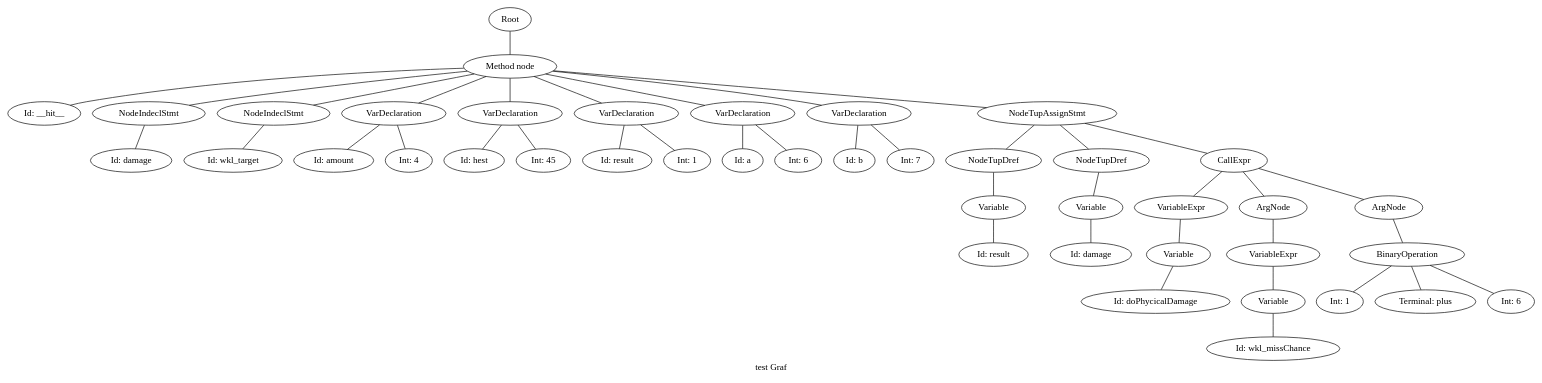
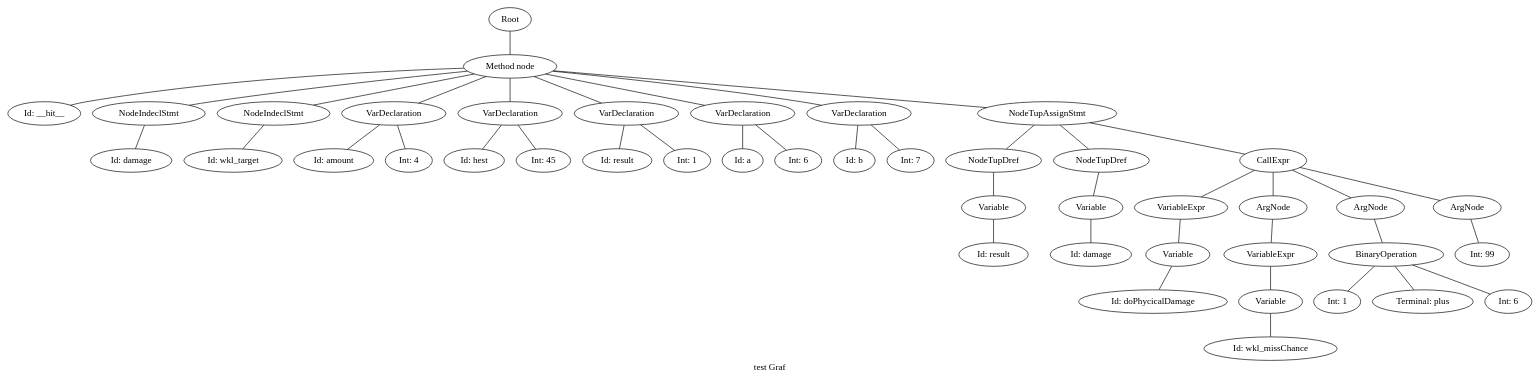
One commit to protective/Wreckage changed the diagram in Server/wkl/testPrograms/test_pow.wkl.dot. Above: the diagram before and after it, drawn with Graphviz. The commit also changed 22 other files, not shown here.

```diff
--- a/Server/wkl/testPrograms/test_pow.wkl.dot
+++ b/Server/wkl/testPrograms/test_pow.wkl.dot
@@ -1,90 +1,94 @@
 graph ""
 {
 #   node [fontsize=10,width=".2", height=".2", margin=0];
 #   graph[fontsize=8];
 label="test Graf"
 n0 ;
 n0 [label="Root"] ;
 n0 -- n1 ;
 n1 [label="Method node"] ;
 n1 -- n2 ;
 n2 [label="Id: __hit__"] ;
 n1 -- n3 ;
 n3 [label="NodeIndeclStmt"] ;
 n1 -- n4 ;
 n4 [label="NodeIndeclStmt"] ;
 n1 -- n5 ;
 n5 [label="VarDeclaration"] ;
 n1 -- n6 ;
 n6 [label="VarDeclaration"] ;
 n1 -- n7 ;
 n7 [label="VarDeclaration"] ;
 n1 -- n8 ;
 n8 [label="VarDeclaration"] ;
 n1 -- n9 ;
 n9 [label="VarDeclaration"] ;
 n1 -- n10 ;
 n10 [label="NodeTupAssignStmt"] ;
 n10 -- n11 ;
 n11 [label="NodeTupDref"] ;
 n10 -- n12 ;
 n12 [label="NodeTupDref"] ;
 n12 -- n13 ;
 n13 [label="Variable"] ;
 n13 -- n14 ;
 n14 [label="Id: damage"] ;
 n11 -- n15 ;
 n15 [label="Variable"] ;
 n15 -- n16 ;
 n16 [label="Id: result"] ;
 n10 -- n17 ;
 n17 [label="CallExpr"] ;
 n17 -- n18 ;
 n18 [label="VariableExpr"] ;
 n18 -- n19 ;
 n19 [label="Variable"] ;
 n19 -- n20 ;
 n20 [label="Id: doPhycicalDamage"] ;
 n17 -- n21 ;
 n21 [label="ArgNode"] ;
 n17 -- n22 ;
 n22 [label="ArgNode"] ;
-n22 -- n23 ;
-n23 [label="BinaryOperation"] ;
+n17 -- n23 ;
+n23 [label="ArgNode"] ;
 n23 -- n24 ;
-n24 [label="Int: 1"] ;
-n23 -- n25 ;
-n25 [label="Terminal: plus"] ;
-n23 -- n26 ;
-n26 [label="Int: 6"] ;
-n21 -- n27 ;
-n27 [label="VariableExpr"] ;
-n27 -- n28 ;
-n28 [label="Variable"] ;
-n28 -- n29 ;
-n29 [label="Id: wkl_missChance"] ;
-n9 -- n30 ;
-n30 [label="Id: b"] ;
-n9 -- n31 ;
-n31 [label="Int: 7"] ;
-n8 -- n32 ;
-n32 [label="Id: a"] ;
-n8 -- n33 ;
-n33 [label="Int: 6"] ;
-n7 -- n34 ;
-n34 [label="Id: result"] ;
-n7 -- n35 ;
-n35 [label="Int: 1"] ;
-n6 -- n36 ;
-n36 [label="Id: hest"] ;
-n6 -- n37 ;
-n37 [label="Int: 45"] ;
-n5 -- n38 ;
-n38 [label="Id: amount"] ;
-n5 -- n39 ;
-n39 [label="Int: 4"] ;
-n4 -- n40 ;
-n40 [label="Id: wkl_target"] ;
-n3 -- n41 ;
-n41 [label="Id: damage"] ;
+n24 [label="Int: 99"] ;
+n22 -- n25 ;
+n25 [label="BinaryOperation"] ;
+n25 -- n26 ;
+n26 [label="Int: 1"] ;
+n25 -- n27 ;
+n27 [label="Terminal: plus"] ;
+n25 -- n28 ;
+n28 [label="Int: 6"] ;
+n21 -- n29 ;
+n29 [label="VariableExpr"] ;
+n29 -- n30 ;
+n30 [label="Variable"] ;
+n30 -- n31 ;
+n31 [label="Id: wkl_missChance"] ;
+n9 -- n32 ;
+n32 [label="Id: b"] ;
+n9 -- n33 ;
+n33 [label="Int: 7"] ;
+n8 -- n34 ;
+n34 [label="Id: a"] ;
+n8 -- n35 ;
+n35 [label="Int: 6"] ;
+n7 -- n36 ;
+n36 [label="Id: result"] ;
+n7 -- n37 ;
+n37 [label="Int: 1"] ;
+n6 -- n38 ;
+n38 [label="Id: hest"] ;
+n6 -- n39 ;
+n39 [label="Int: 45"] ;
+n5 -- n40 ;
+n40 [label="Id: amount"] ;
+n5 -- n41 ;
+n41 [label="Int: 4"] ;
+n4 -- n42 ;
+n42 [label="Id: wkl_target"] ;
+n3 -- n43 ;
+n43 [label="Id: damage"] ;
 }
```
